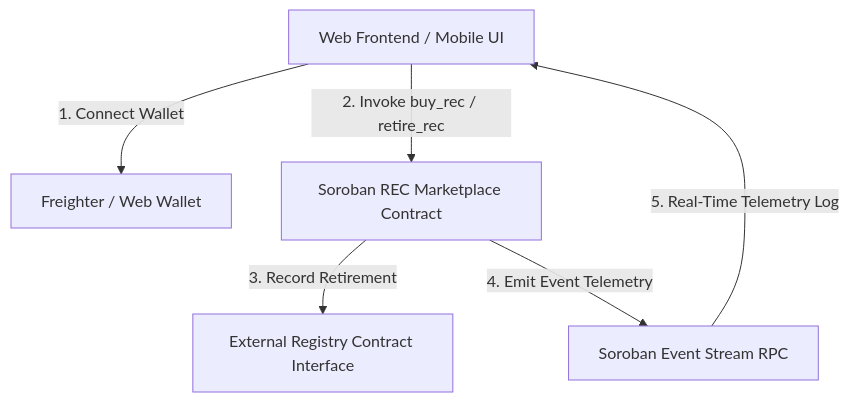
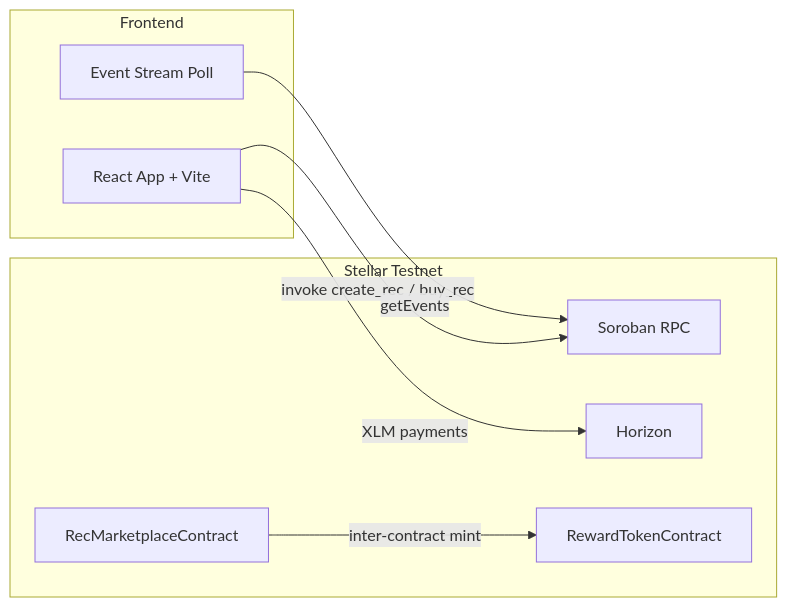
Before and after one commit to sachinnit25/Renewable-Energy-Credit-Marketplace: the diagram in README.md, drawn with Mermaid. The commit also changed other lines of this file and 31 other files, not shown here.

Commit message:
feat: migrate frontend to React + Vite and update Vercel deployment

````diff
--- a/README.md
+++ b/README.md
@@ -34,8 +51,17 @@
 ```mermaid
-graph TD
-    Client[Web Frontend / Mobile UI] -->|1. Connect Wallet| Wallet[Freighter / Web Wallet]
-    Client -->|2. Invoke buy_rec / retire_rec| SorobanContract[Soroban REC Marketplace Contract]
-    SorobanContract -->|3. Record Retirement| RegistryContract[External Registry Contract Interface]
-    SorobanContract -->|4. Emit Event Telemetry| EventStream[Soroban Event Stream RPC]
-    EventStream -->|5. Real-Time Telemetry Log| Client
+flowchart LR
+  subgraph Frontend
+    UI[React App + Vite]
+    Events[Event Stream Poll]
+  end
+  subgraph Stellar Testnet
+    RPC[Soroban RPC]
+    HZ[Horizon]
+    MP[RecMarketplaceContract]
+    RT[RewardTokenContract]
+  end
+  UI -->|invoke create_rec / buy_rec| RPC
+  UI -->|XLM payments| HZ
+  Events -->|getEvents| RPC
+  MP -->|inter-contract mint| RT
 ```
````
